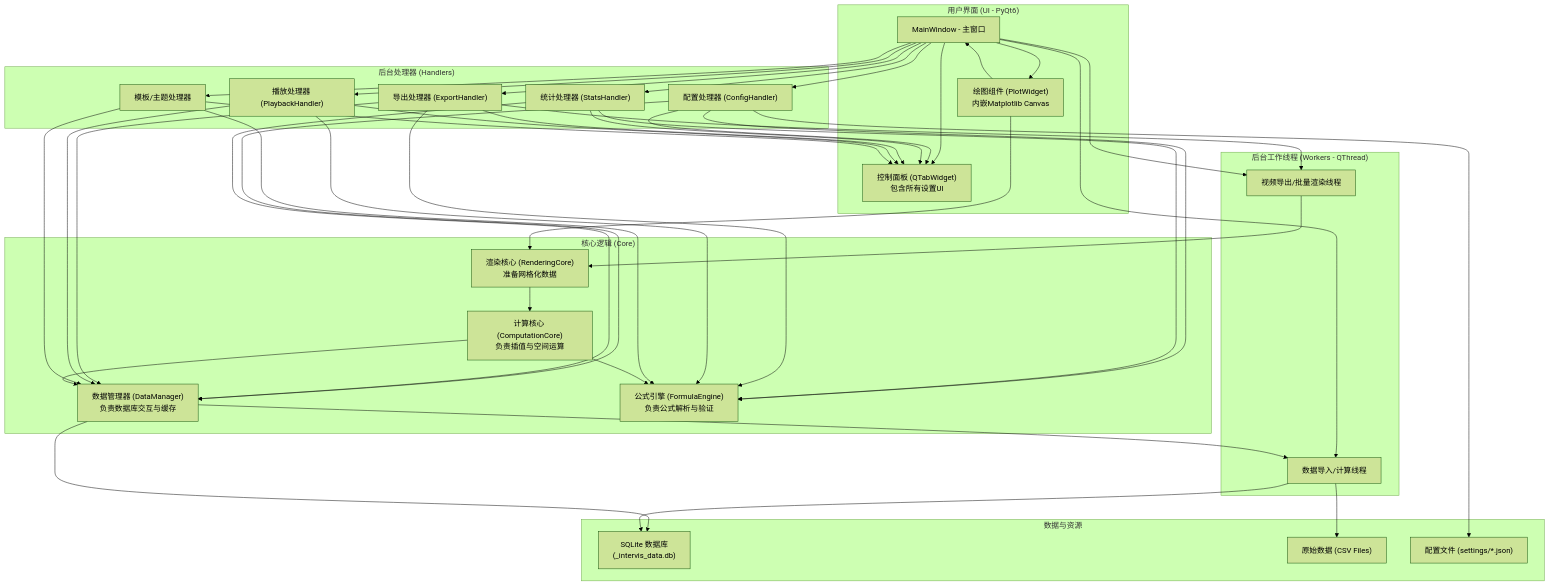
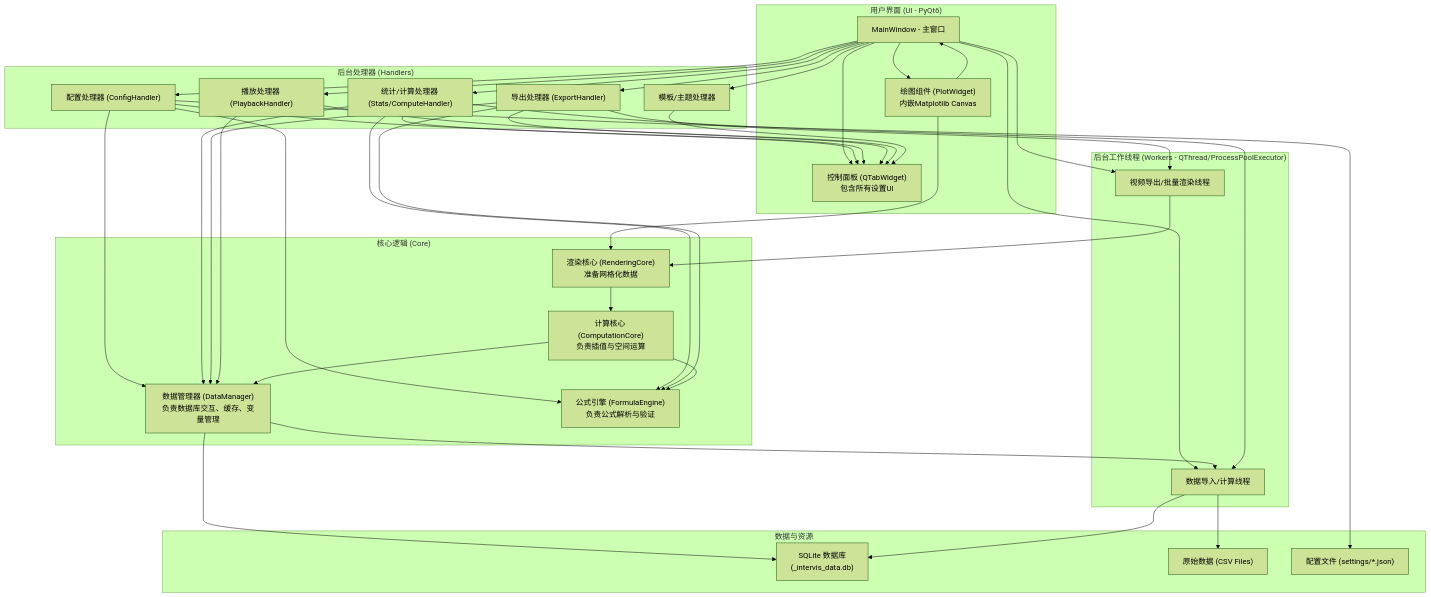
Before and after one commit to StarsWhere/FluidFlowVis-CUDA: the first of 2 diagrams in README.md, drawn with Mermaid (forest theme). The commit also changed other lines of this file and 5 other files, not shown here.

````diff
--- a/README.md
+++ b/README.md
@@ -116,79 +142,58 @@
 ```mermaid
 graph TD
     subgraph UI["用户界面 (UI - PyQt6)"]
         A[MainWindow - 主窗口]
         B["控制面板 (QTabWidget)<br/>包含所有设置UI"]
         C["绘图组件 (PlotWidget)<br/>内嵌Matplotlib Canvas"]
     end
   
     subgraph Core["核心逻辑 (Core)"]
-        D["数据管理器 (DataManager)<br/>负责数据库交互与缓存"]
+        D["数据管理器 (DataManager)<br/>负责数据库交互、缓存、变量管理"]
         E["公式引擎 (FormulaEngine)<br/>负责公式解析与验证"]
         F["计算核心 (ComputationCore)<br/>负责插值与空间运算"]
         G["渲染核心 (RenderingCore)<br/>准备网格化数据"]
     end
   
     subgraph Handlers["后台处理器 (Handlers)"]
         H["配置处理器 (ConfigHandler)"]
-        I["统计处理器 (StatsHandler)"]
+        I["统计/计算处理器 (Stats/ComputeHandler)"]
         J["导出处理器 (ExportHandler)"]
         K["播放处理器 (PlaybackHandler)"]
         L["模板/主题处理器"]
     end
   
     subgraph Data["数据与资源"]
         M["SQLite 数据库<br/>(_intervis_data.db)"]
         N["原始数据 (CSV Files)"]
         O["配置文件 (settings/*.json)"]
     end
   
-    subgraph Workers["后台工作线程 (Workers - QThread)"]
+    subgraph Workers["后台工作线程 (Workers - QThread/ProcessPoolExecutor)"]
         P["数据导入/计算线程"]
         Q["视频导出/批量渲染线程"]
     end
   
     %% 连接关系
-    A --> B
-    A --> C
-    A --> H
-    A --> I
-    A --> J
-    A --> K
-    A --> L
+    A --> B; A --> C;
+    A --> H; A --> I; A --> J; A --> K; A --> L;
+
+    H --> B; I --> B; J --> B; K --> B; L --> B;
+    
+    H --> D; H --> E;
+    I --> D; I --> E;
+    J --> D; J --> E;
+    K --> D;
+    
+    C --> G; C --> A;
+    A --> P; A --> Q;
   
-    H --> B
-    I --> B
-    J --> B
-    K --> B
-    L --> B
-    
-    H --> D
-    H --> E
-    I --> D
-    I --> E
-    J --> D
-    J --> E
-    K --> D
-    K --> E
-    L --> D
-    L --> E
-    
-    C --> G
-    C --> A
-    A --> P
-    A --> Q
+    G --> F; F --> E; F --> D;
   
-    G --> F
-    F --> E
-    F --> D
+    D --> M; D --> P;
+    P --> N; P --> M;
   
-    D --> M
-    D --> P
-    P --> N
-    P --> M
-  
-    J --> Q
-    Q --> G
+    J --> Q; Q --> G;
+    I --> P;
     
     H --> O
 ```
````
